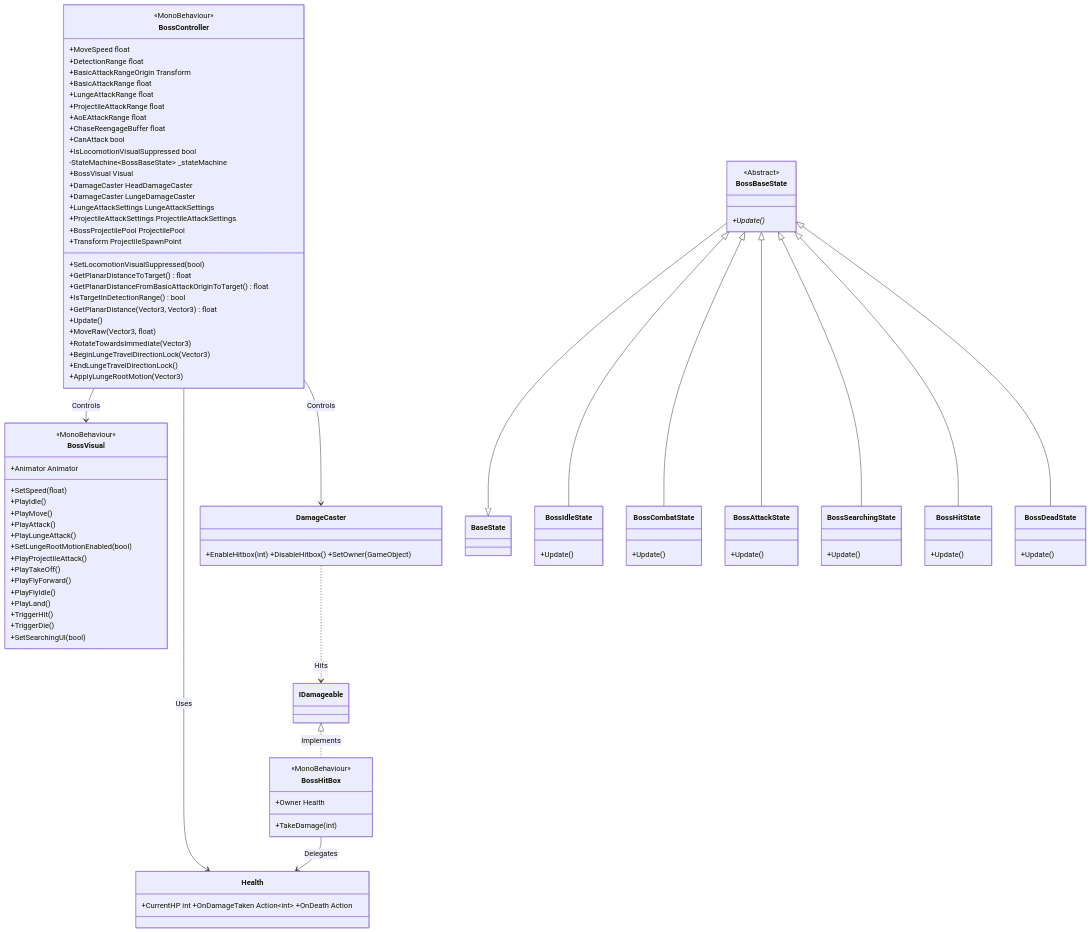
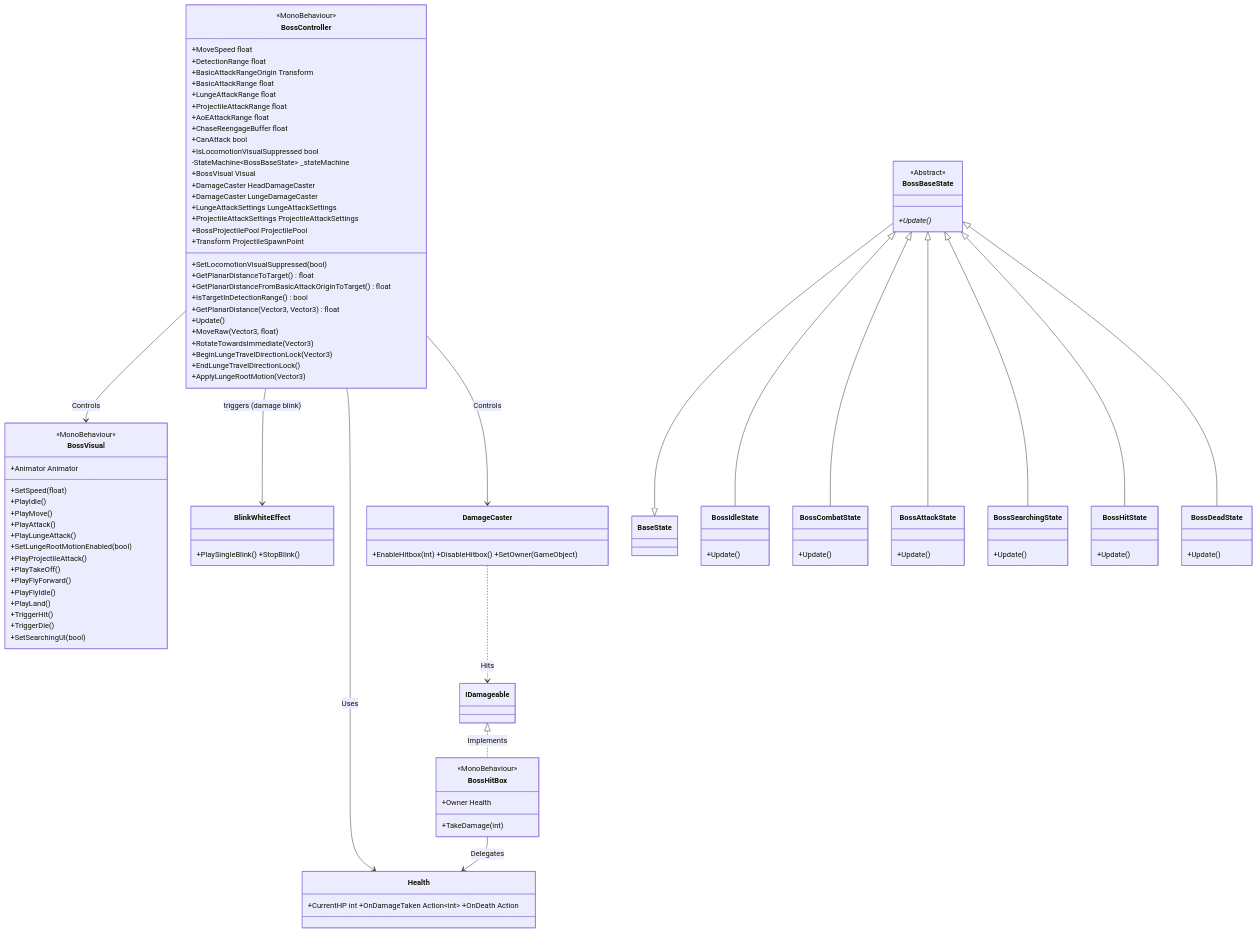
The second of 4 diagrams in docs/technical/System_Blueprint.md (griver726-lab/BossRaidPortfolio), drawn with Mermaid before and after one commit. The commit also changed other lines of this file and 6 other files, not shown here.

```diff
--- a/docs/technical/System_Blueprint.md
+++ b/docs/technical/System_Blueprint.md
@@ -191,6 +210,7 @@
         +TriggerDie()
         +SetSearchingUI(bool)
     }
+    class BlinkWhiteEffect { +PlaySingleBlink() +StopBlink() }
 
     class BossHitBox {
         <<MonoBehaviour>>
@@ -211,6 +231,7 @@
 
     %% Relationships
     BossController --> BossVisual : Controls
+    BossController --> BlinkWhiteEffect : triggers (damage blink)
     BossController --> Health : Uses
     BossController --> DamageCaster : Controls
 
```
